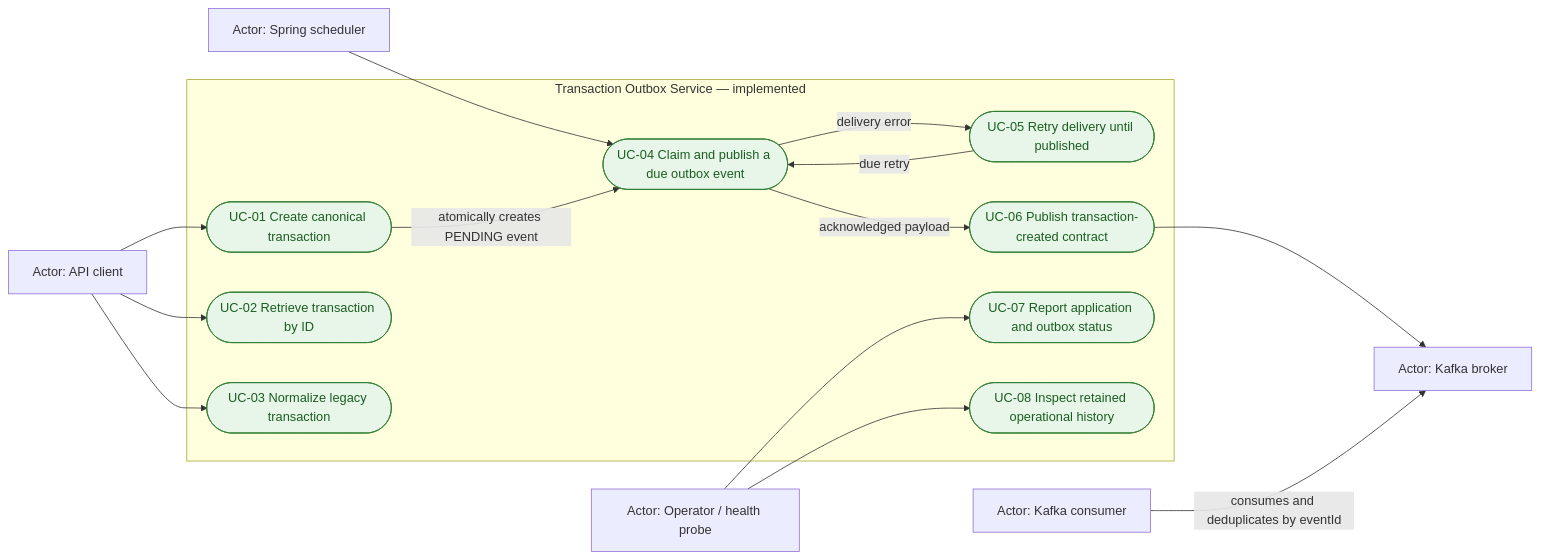
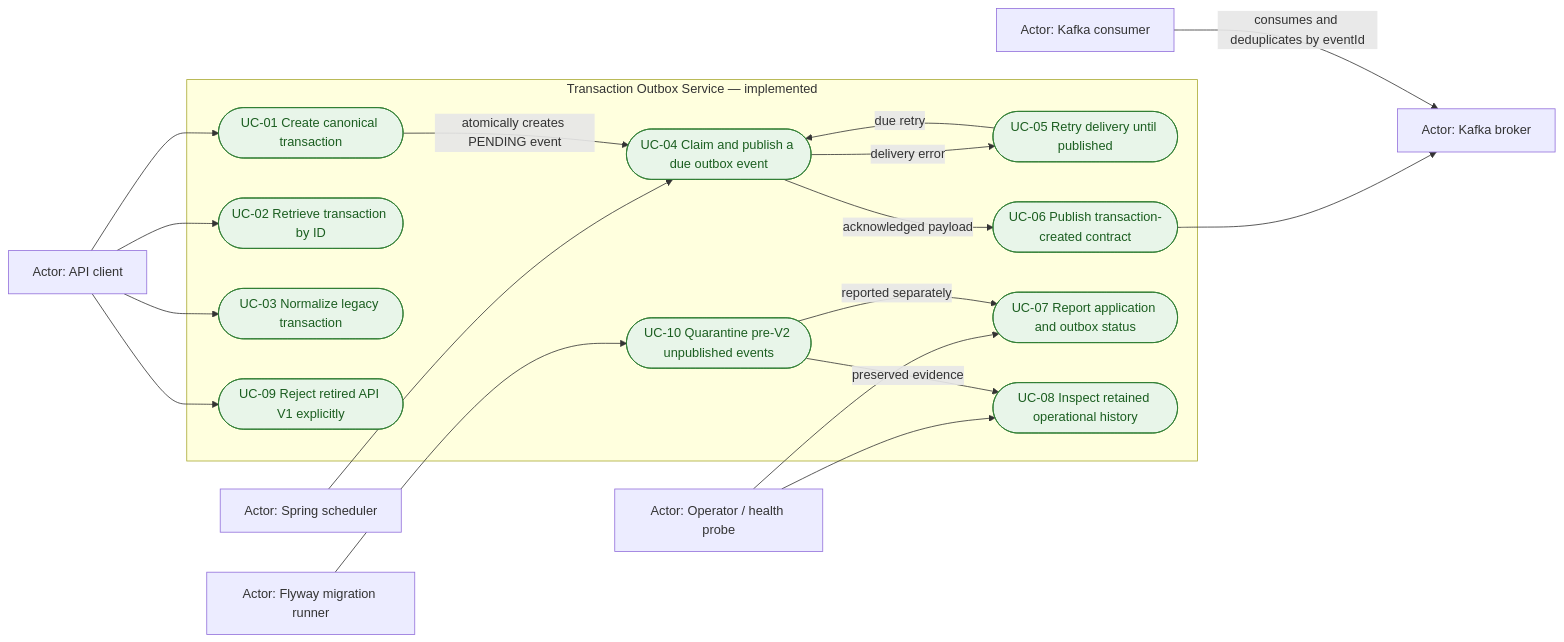
Before and after one commit to tarunngusain08/transaction-outbox-service: the first of 3 diagrams in docs/use-cases.md, drawn with Mermaid. The commit also changed other lines of this file and 8 other files, not shown here.

````diff
--- a/docs/use-cases.md
+++ b/docs/use-cases.md
@@ -17,35 +17,42 @@
 ```mermaid
 flowchart LR
     apiClient["Actor: API client"]
     scheduler["Actor: Spring scheduler"]
     operator["Actor: Operator / health probe"]
+    migration["Actor: Flyway migration runner"]
     kafkaBroker["Actor: Kafka broker"]
     kafkaConsumer["Actor: Kafka consumer"]
 
     subgraph service["Transaction Outbox Service — implemented"]
         uc01(["UC-01 Create canonical transaction"])
         uc02(["UC-02 Retrieve transaction by ID"])
         uc03(["UC-03 Normalize legacy transaction"])
         uc04(["UC-04 Claim and publish a due outbox event"])
         uc05(["UC-05 Retry delivery until published"])
         uc06(["UC-06 Publish transaction-created contract"])
         uc07(["UC-07 Report application and outbox status"])
         uc08(["UC-08 Inspect retained operational history"])
+        uc09(["UC-09 Reject retired API V1 explicitly"])
+        uc10(["UC-10 Quarantine pre-V2 unpublished events"])
     end
 
     apiClient --> uc01
     apiClient --> uc02
     apiClient --> uc03
+    apiClient --> uc09
+    migration --> uc10
     scheduler --> uc04
     uc01 -->|atomically creates PENDING event| uc04
     uc04 -->|delivery error| uc05
     uc05 -->|due retry| uc04
     uc04 -->|acknowledged payload| uc06
     uc06 --> kafkaBroker
     kafkaConsumer -->|consumes and deduplicates by eventId| kafkaBroker
     operator --> uc07
     operator --> uc08
+    uc10 -->|reported separately| uc07
+    uc10 -->|preserved evidence| uc08
 
     classDef implemented fill:#e8f5e9,stroke:#2e7d32,color:#1b5e20;
-    class uc01,uc02,uc03,uc04,uc05,uc06,uc07,uc08 implemented;
+    class uc01,uc02,uc03,uc04,uc05,uc06,uc07,uc08,uc09,uc10 implemented;
 ```
````
